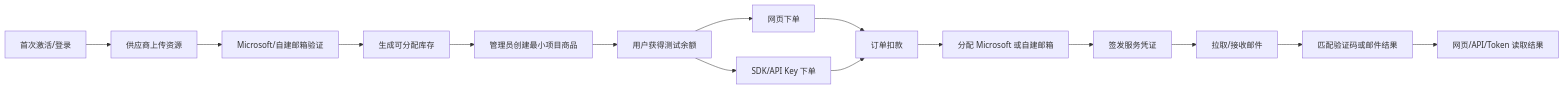
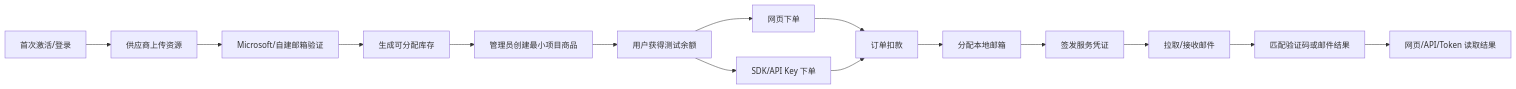
The first of 2 diagrams in docs/12-implementation-plan.md (donnel666/remail), drawn with Mermaid before and after one commit. The commit also changed other lines of this file and 34 other files, not shown here.

````diff
--- a/docs/12-implementation-plan.md
+++ b/docs/12-implementation-plan.md
@@ -65,17 +66,17 @@
 ```mermaid
 flowchart LR
     A[首次激活/登录] --> B[供应商上传资源]
     B --> C[Microsoft/自建邮箱验证]
     C --> D[生成可分配库存]
     D --> E[管理员创建最小项目商品]
     E --> F[用户获得测试余额]
     F --> G[网页下单]
     F --> H[SDK/API Key 下单]
     G --> I[订单扣款]
     H --> I
-    I --> J[分配 Microsoft 或自建邮箱]
+    I --> J[分配本地邮箱]
     J --> K[签发服务凭证]
     K --> L[拉取/接收邮件]
     L --> M[匹配验证码或邮件结果]
     M --> N[网页/API/Token 读取结果]
 ```
````
